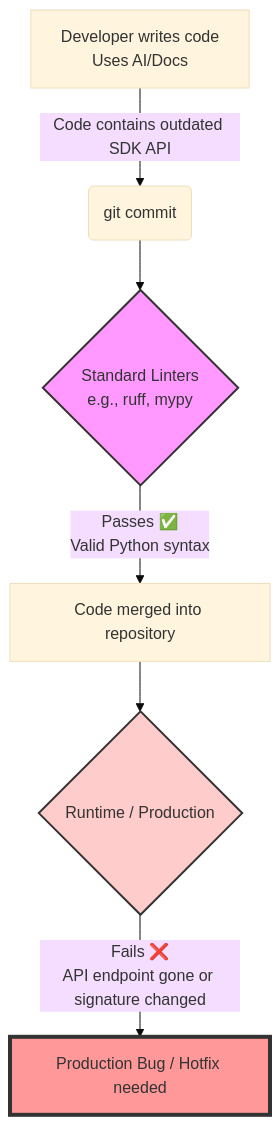
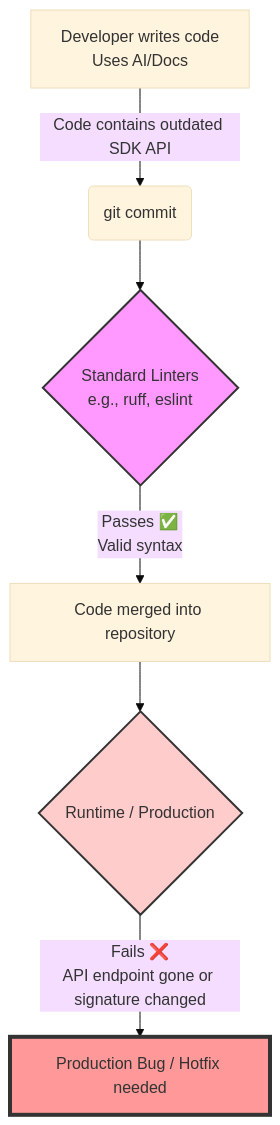
Before and after one commit to rhealaloo45/chub-guard: the first of 2 diagrams in comparison.md, drawn with Mermaid (base theme). The commit also changed other lines of this file and 12 other files, not shown here.

````diff
--- a/comparison.md
+++ b/comparison.md
@@ -11,12 +11,12 @@
 ```mermaid
 graph TD
     A[Developer writes code<br/>Uses AI/Docs] -->|Code contains outdated SDK API| B(git commit)
-    B --> C{Standard Linters<br/>e.g., ruff, mypy}
-    C -->|Passes ✅<br/>Valid Python syntax| D[Code merged into repository]
+    B --> C{Standard Linters<br/>e.g., ruff, eslint}
+    C -->|Passes ✅<br/>Valid syntax| D[Code merged into repository]
     D --> E{Runtime / Production}
     E -->|Fails ❌<br/>API endpoint gone or signature changed| F[Production Bug / Hotfix needed]
     
     style C fill:#f9f,stroke:#333,stroke-width:2px
     style E fill:#fcc,stroke:#333,stroke-width:2px
     style F fill:#f99,stroke:#333,stroke-width:4px
 ```
````
